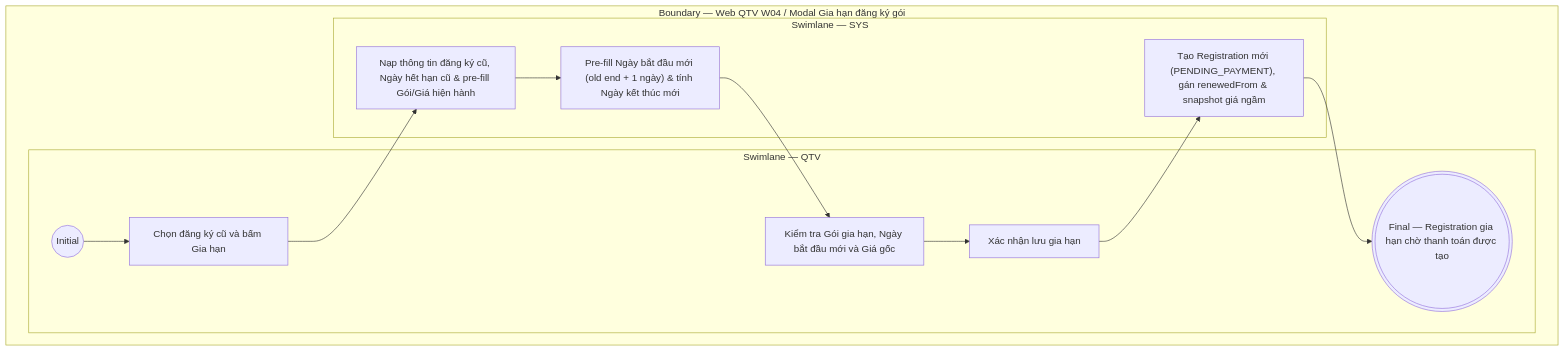
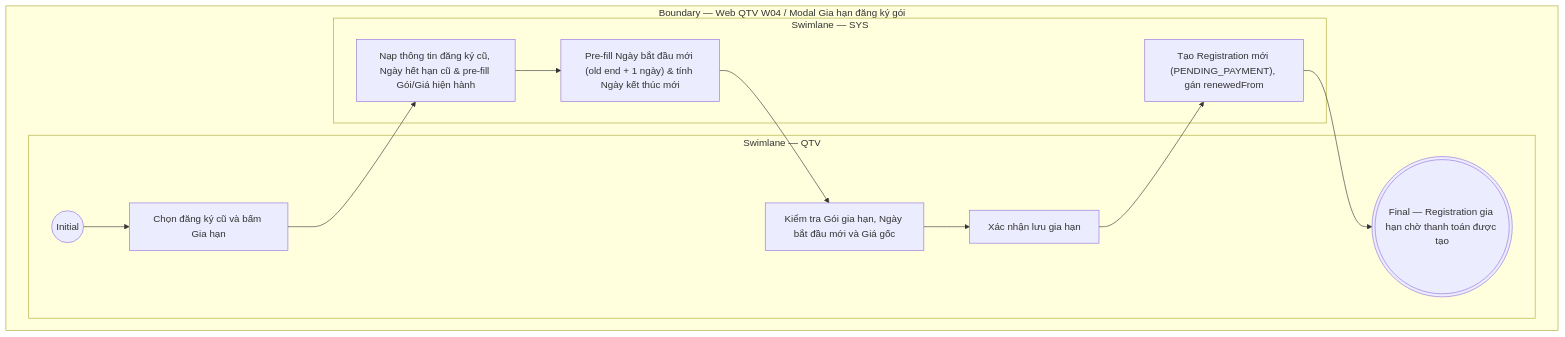
Before and after one commit to ThachY-23120411/Paradise-Gym-v2: the diagram in docs/user-stories/qtv/QTV-W04-Đăng ký & gia hạn/QTV-W04-US02-Gia hạn đăng ký gói.md, drawn with Mermaid. The commit also changed 27 other files, not shown here.

````diff
--- a/docs/user-stories/qtv/QTV-W04-Đăng ký & gia hạn/QTV-W04-US02-Gia hạn đăng ký gói.md
+++ b/docs/user-stories/qtv/QTV-W04-Đăng ký & gia hạn/QTV-W04-US02-Gia hạn đăng ký gói.md
@@ -49,21 +49,21 @@
 ```mermaid
 flowchart TB
   subgraph B["Boundary — Web QTV W04 / Modal Gia hạn đăng ký gói"]
     subgraph L0["Swimlane — QTV"]
       I01(("Initial"))
       A01["Chọn đăng ký cũ và bấm Gia hạn"]
       A02["Kiểm tra Gói gia hạn, Ngày bắt đầu mới và Giá gốc"]
       A03["Xác nhận lưu gia hạn"]
       F01((("Final — Registration gia hạn chờ thanh toán được tạo")))
       I01 --> A01
       A02 --> A03
     end
     subgraph L1["Swimlane — SYS"]
       S01["Nạp thông tin đăng ký cũ, Ngày hết hạn cũ & pre-fill Gói/Giá hiện hành"]
       S02["Pre-fill Ngày bắt đầu mới (old end + 1 ngày) & tính Ngày kết thúc mới"]
-      S03["Tạo Registration mới (PENDING_PAYMENT), gán renewedFrom & snapshot giá ngầm"]
+      S03["Tạo Registration mới (PENDING_PAYMENT), gán renewedFrom"]
       A01 --> S01 --> S02 --> A02
       A03 --> S03 --> F01
     end
   end
 ```
````
